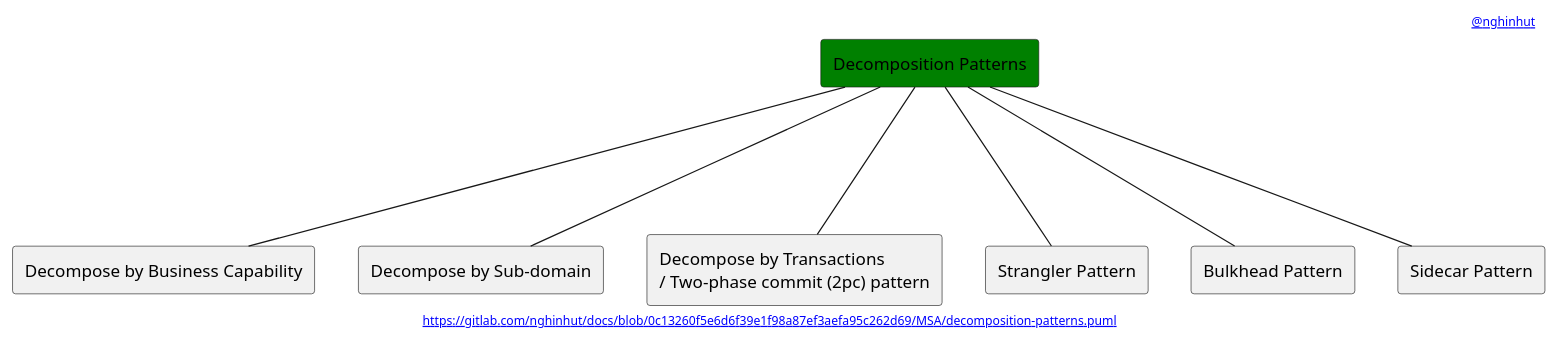
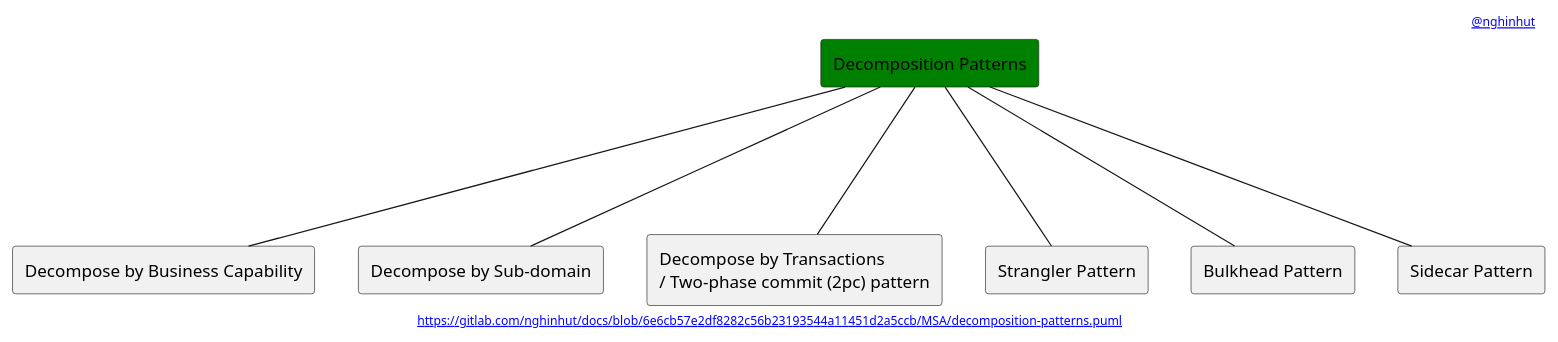
One commit to nghinhut/docs changed the diagram in MSA/decomposition-patterns.puml. Above: the diagram before and after it, drawn with PlantUML. The commit also changed 32 other files, not shown here.

```diff
--- a/MSA/decomposition-patterns.puml
+++ b/MSA/decomposition-patterns.puml
@@ -1,22 +1,22 @@
 @startuml
 '-----START auto generated metadata please keep comment here to allow auto update-----
 '-----DON'T EDIT THIS SECTION, INSTEAD RE-RUN prebuild.sh TO UPDATE-----
-header [[https://www.nghinhut.dev?from=http%5C%3A%5C%2F%5C%2Fwww%5C.plantuml%5C.com%5C%2Fplantuml%5C%2Fproxy%3Ffmt%3Dsvg%5C%26src%3Dhttps%5C%3A%5C%2F%5C%2Fgitlab%5C.com%5C%2Fnghinhut%5C%2Fdocs%5C%2Fraw%5C%2F0c13260f5e6d6f39e1f98a87ef3aefa95c262d69%5C%2FMSA%5C%2Fdecomposition-patterns%5C.puml%0A @nghinhut]]
-footer [[http://www.plantuml.com/plantuml/proxy?fmt=svg&src=https://gitlab.com/nghinhut/docs/raw/0c13260f5e6d6f39e1f98a87ef3aefa95c262d69/MSA/decomposition-patterns.puml https://gitlab.com/nghinhut/docs/blob/0c13260f5e6d6f39e1f98a87ef3aefa95c262d69/MSA/decomposition-patterns.puml]]
+header [[https://www.nghinhut.dev?from=http%5C%3A%5C%2F%5C%2Fwww%5C.plantuml%5C.com%5C%2Fplantuml%5C%2Fproxy%3Ffmt%3Dsvg%5C%26src%3Dhttps%5C%3A%5C%2F%5C%2Fgitlab%5C.com%5C%2Fnghinhut%5C%2Fdocs%5C%2Fraw%5C%2F6e6cb57e2df8282c56b23193544a11451d2a5ccb%5C%2FMSA%5C%2Fdecomposition-patterns%5C.puml%0A @nghinhut]]
+footer [[http://www.plantuml.com/plantuml/proxy?fmt=svg&src=https://gitlab.com/nghinhut/docs/raw/6e6cb57e2df8282c56b23193544a11451d2a5ccb/MSA/decomposition-patterns.puml https://gitlab.com/nghinhut/docs/blob/6e6cb57e2df8282c56b23193544a11451d2a5ccb/MSA/decomposition-patterns.puml]]
 '-----END auto generated metadata please keep comment here to allow auto update-----
 
 rectangle "Decomposition Patterns" as Decomposition #green
 
 rectangle "Decompose by Business Capability" as DecompositionP1
 rectangle "Decompose by Sub-domain" as DecompositionP2
 rectangle "Decompose by Transactions\n/ Two-phase commit (2pc) pattern" as DecompositionP3
 rectangle "Strangler Pattern" as DecompositionP4
 rectangle "Bulkhead Pattern" as DecompositionP5
 rectangle "Sidecar Pattern" as DecompositionP6
 Decomposition --- DecompositionP1
 Decomposition --- DecompositionP2
 Decomposition --- DecompositionP3
 Decomposition --- DecompositionP4
 Decomposition --- DecompositionP5
 Decomposition --- DecompositionP6
 @enduml
```
